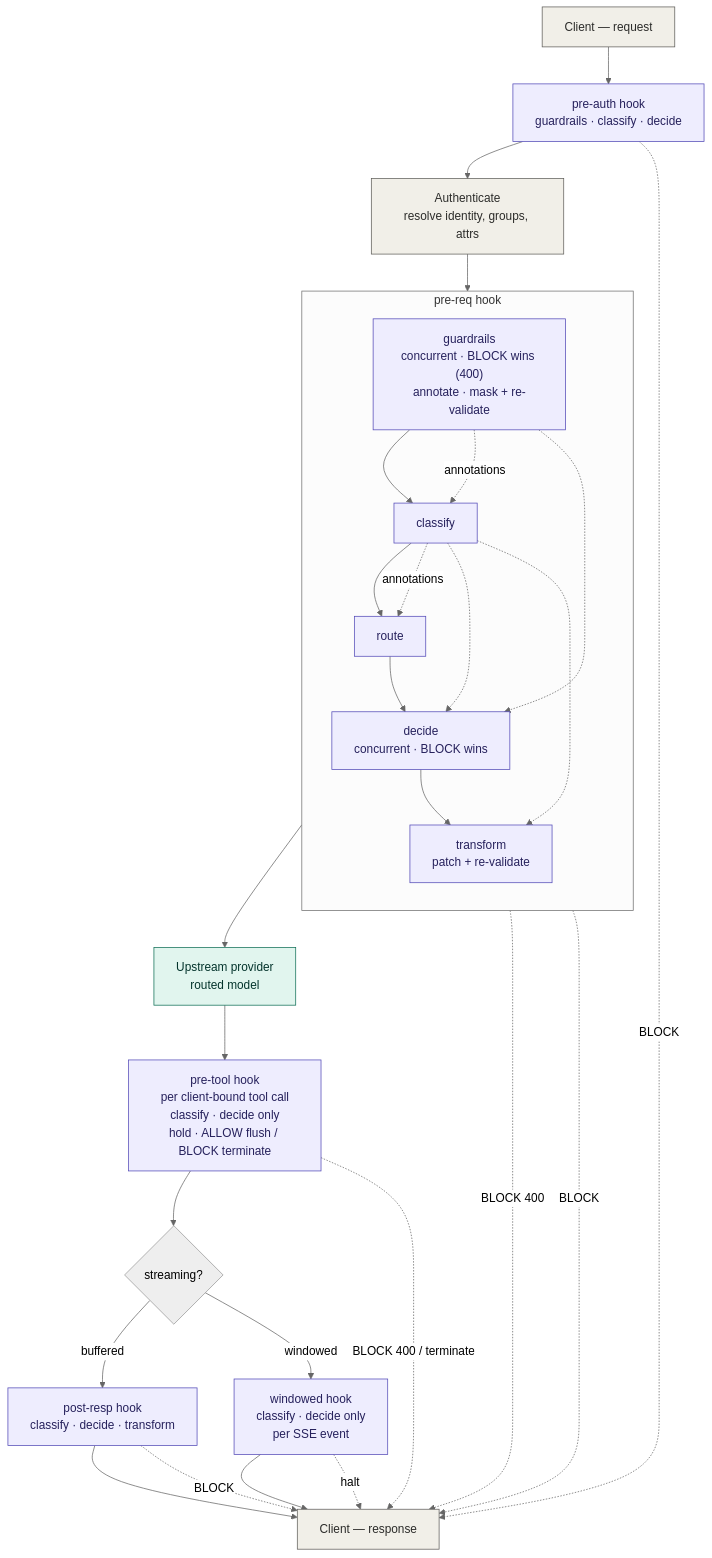
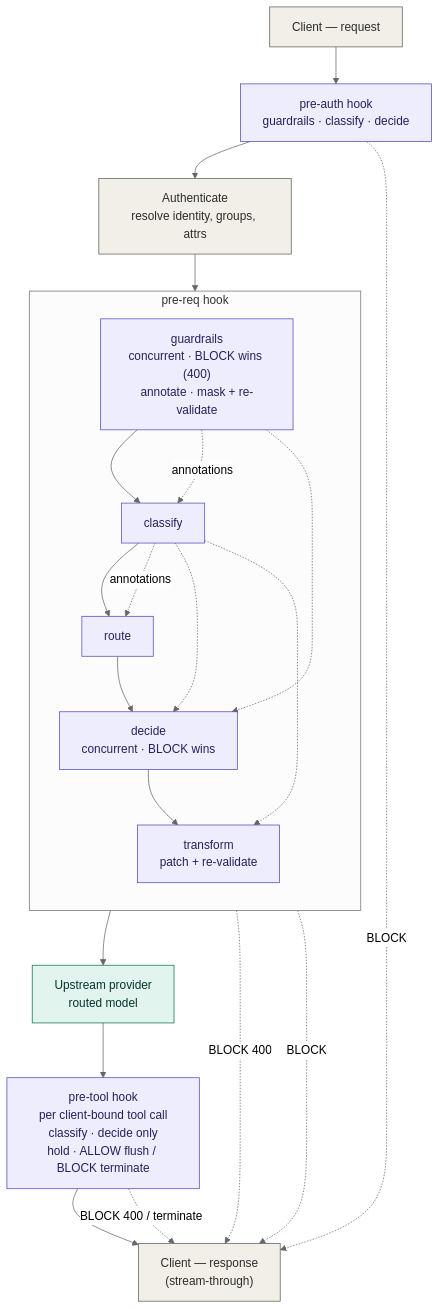
One commit to coder/coder changed the diagram in policy-engine-design.md. Above: the diagram before and after it, drawn with Mermaid (neutral theme). The commit also changed other lines of this file and 21 other files, not shown here.

````diff
--- a/policy-engine-design.md
+++ b/policy-engine-design.md
@@ -404,41 +422,35 @@
 ```mermaid
 flowchart TD
   C["Client — request"] --> PA["pre-auth hook<br/>guardrails · classify · decide"]
   PA --> AU["Authenticate<br/>resolve identity, groups, attrs"]
   AU --> GR
 
   subgraph PR["pre-req hook"]
     direction TB
     GR["guardrails<br/>concurrent · BLOCK wins (400)<br/>annotate · mask + re-validate"] --> CL["classify"]
     CL --> RO["route"]
     RO --> DE["decide<br/>concurrent · BLOCK wins"]
     DE --> TR["transform<br/>patch + re-validate"]
   end
 
   TR --> UP["Upstream provider<br/>routed model"]
   UP --> PT["pre-tool hook<br/>per client-bound tool call<br/>classify · decide only<br/>hold · ALLOW flush / BLOCK terminate"]
-  PT --> SW{"streaming?"}
-  SW -->|buffered| PB["post-resp hook<br/>classify · decide · transform"]
-  SW -->|windowed| PW["windowed hook<br/>classify · decide only<br/>per SSE event"]
-  PB --> RC["Client — response"]
-  PW --> RC
-  PT -. BLOCK 400 / terminate .-> RC
+  PT --> RC["Client — response<br/>(stream-through)"]
 
   GR -. annotations .-> CL
   GR -.-> DE
   CL -. annotations .-> RO
   CL -.-> DE
   CL -.-> TR
   PA -. BLOCK .-> RC
   GR -. BLOCK 400 .-> RC
   DE -. BLOCK .-> RC
-  PB -. BLOCK .-> RC
-  PW -. halt .-> RC
+  PT -. BLOCK 400 / terminate .-> RC
 
   classDef hook fill:#EEEDFE,stroke:#534AB7,color:#26215C;
   classDef step fill:#F1EFE8,stroke:#5F5E5A,color:#2C2C2A;
   classDef prov fill:#E1F5EE,stroke:#0F6E56,color:#04342C;
-  class PA,GR,CL,RO,DE,TR,PT,PB,PW hook;
+  class PA,GR,CL,RO,DE,TR,PT hook;
   class C,AU,RC step;
   class UP prov;
 ```
````
